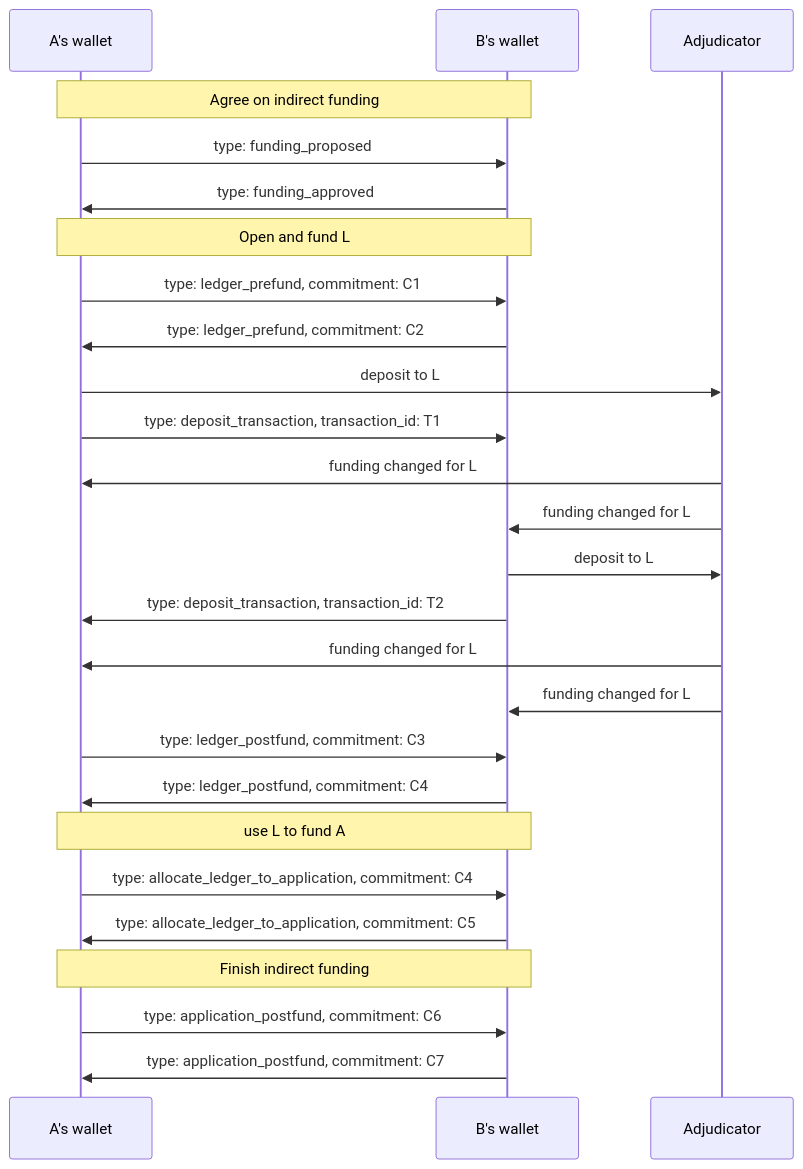
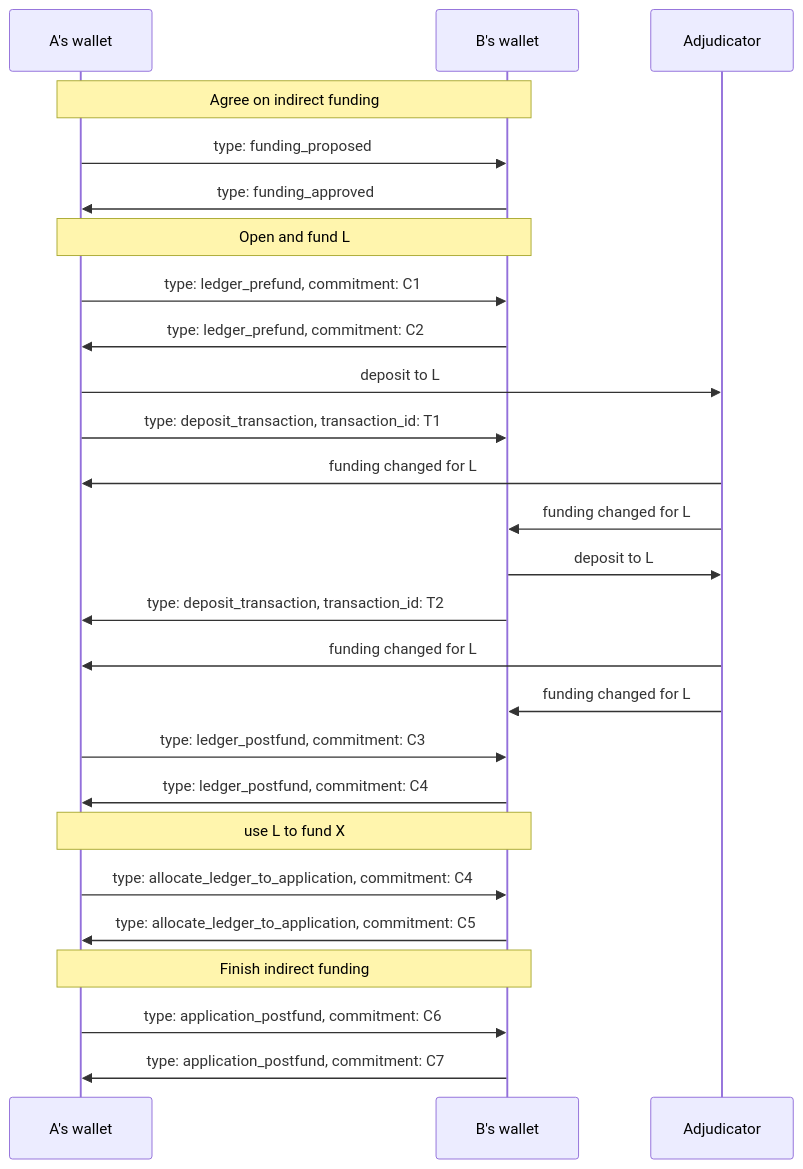
One commit to magmo/apps changed the diagram in packages/wallet/src/redux/indirect-funding/sequence-diagram.md. Above: the diagram before and after it, drawn with Mermaid.

Commit message:
Proper name for application channel

````diff
--- a/packages/wallet/src/redux/indirect-funding/sequence-diagram.md
+++ b/packages/wallet/src/redux/indirect-funding/sequence-diagram.md
@@ -22,29 +22,29 @@
 ```mermaid
 sequenceDiagram
   participant A as A's wallet
   participant B as B's wallet
   participant adj as Adjudicator
 
   Note over A, B: Agree on indirect funding
   A->>B: type: funding_proposed
   B->>A: type: funding_approved
   Note  over A, B: Open and fund L
   A->>B: type: ledger_prefund, commitment: C1
   B->>A: type: ledger_prefund, commitment: C2
   A->>adj: deposit to L
   A->>B: type: deposit_transaction, transaction_id: T1
   adj->>A: funding changed for L
   adj->>B: funding changed for L
   B->>adj: deposit to L
   B->>A: type: deposit_transaction, transaction_id: T2
   adj->>A: funding changed for L
   adj->>B: funding changed for L
   A->>B: type: ledger_postfund, commitment: C3
   B->>A: type: ledger_postfund, commitment: C4
-  Note  over A, B: use L to fund A
+  Note  over A, B: use L to fund X
   A->>B: type: allocate_ledger_to_application, commitment: C4
   B->>A: type: allocate_ledger_to_application, commitment: C5
   Note  over A, B: Finish indirect funding
   A->>B: type: application_postfund, commitment: C6
   B->>A: type: application_postfund, commitment: C7
 ```
````
